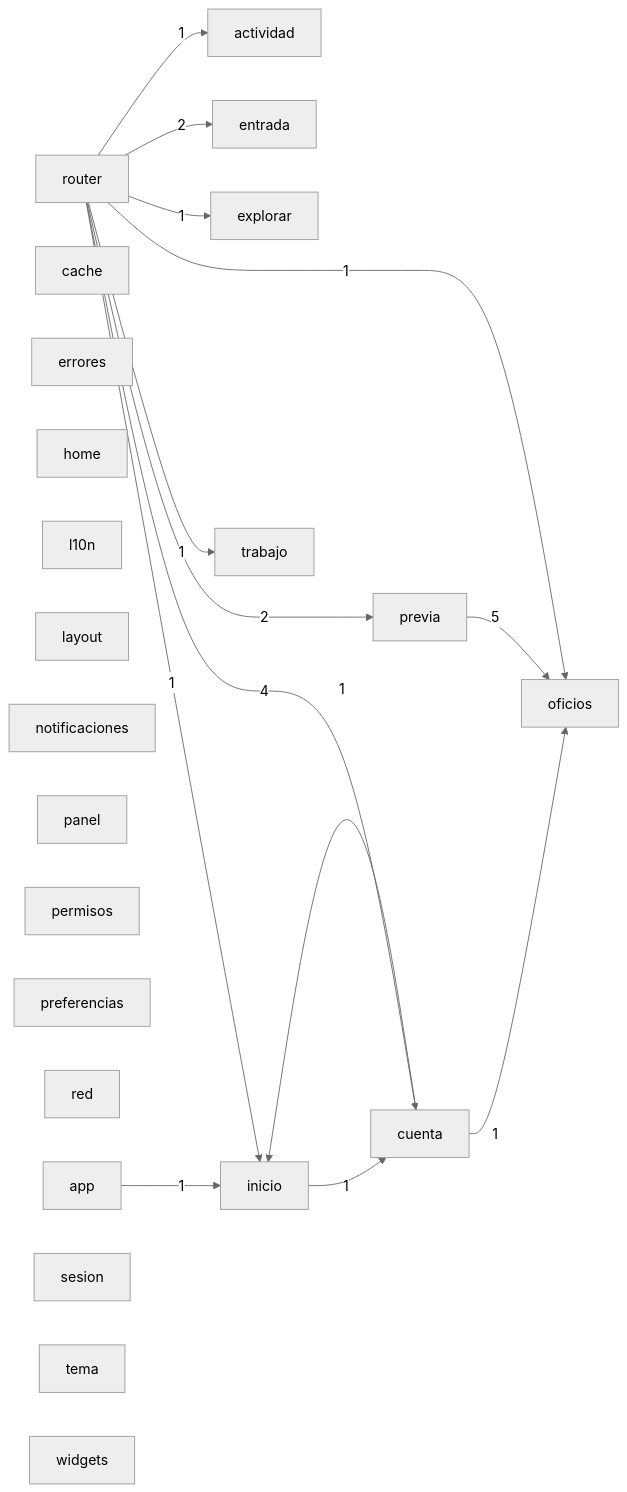
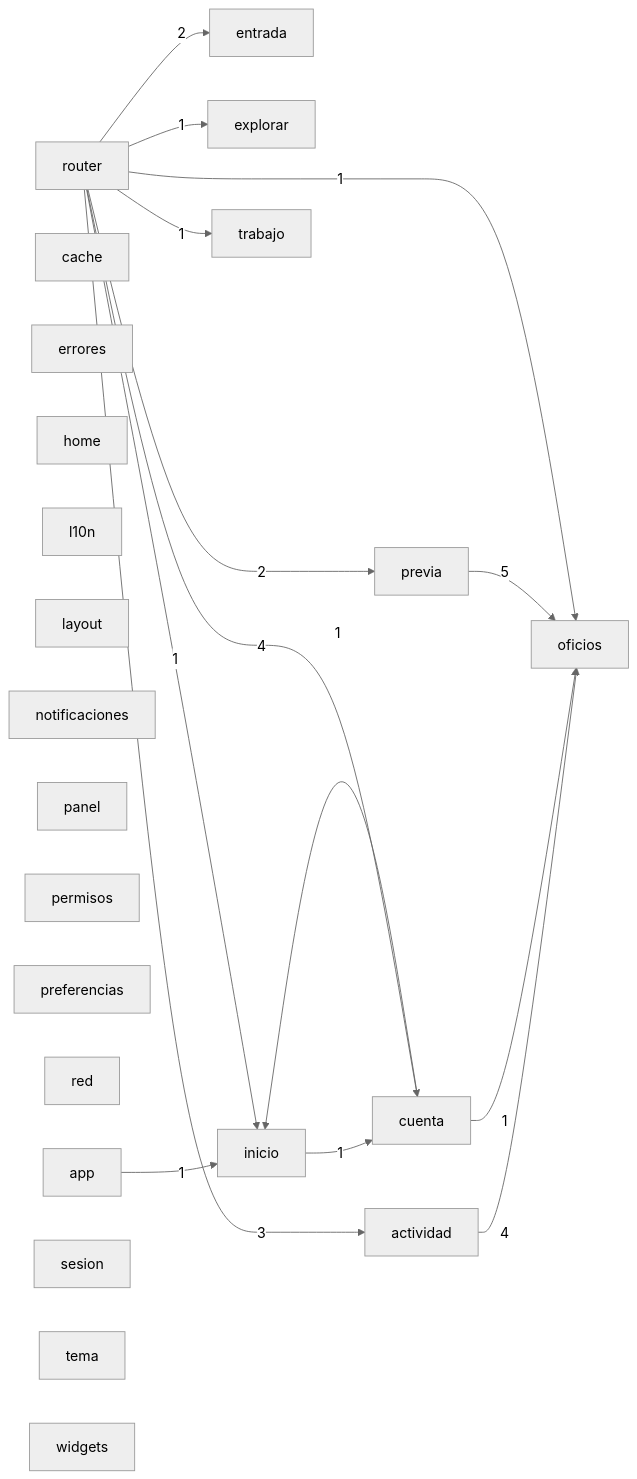
One commit to Tensei-Devs/knock-frontend changed the diagram in docs/architecture/modules.mmd. Above: the diagram before and after it, drawn with Mermaid (neutral theme). The commit also changed 5 other files, not shown here.

```diff
--- a/docs/architecture/modules.mmd
+++ b/docs/architecture/modules.mmd
@@ -1,37 +1,38 @@
 graph LR
   actividad["actividad"]
   app["app"]
   cache["cache"]
   cuenta["cuenta"]
   entrada["entrada"]
   errores["errores"]
   explorar["explorar"]
   home["home"]
   inicio["inicio"]
   l10n["l10n"]
   layout["layout"]
   notificaciones["notificaciones"]
   oficios["oficios"]
   panel["panel"]
   permisos["permisos"]
   preferencias["preferencias"]
   previa["previa"]
   red["red"]
   router["router"]
   sesion["sesion"]
   tema["tema"]
   trabajo["trabajo"]
   widgets["widgets"]
+  actividad -->|4| oficios
   app -->|1| inicio
   cuenta -->|1| inicio
   cuenta -->|1| oficios
   inicio -->|1| cuenta
   previa -->|5| oficios
-  router -->|1| actividad
+  router -->|3| actividad
   router -->|4| cuenta
   router -->|2| entrada
   router -->|1| explorar
   router -->|1| inicio
   router -->|1| oficios
   router -->|2| previa
   router -->|1| trabajo
```
